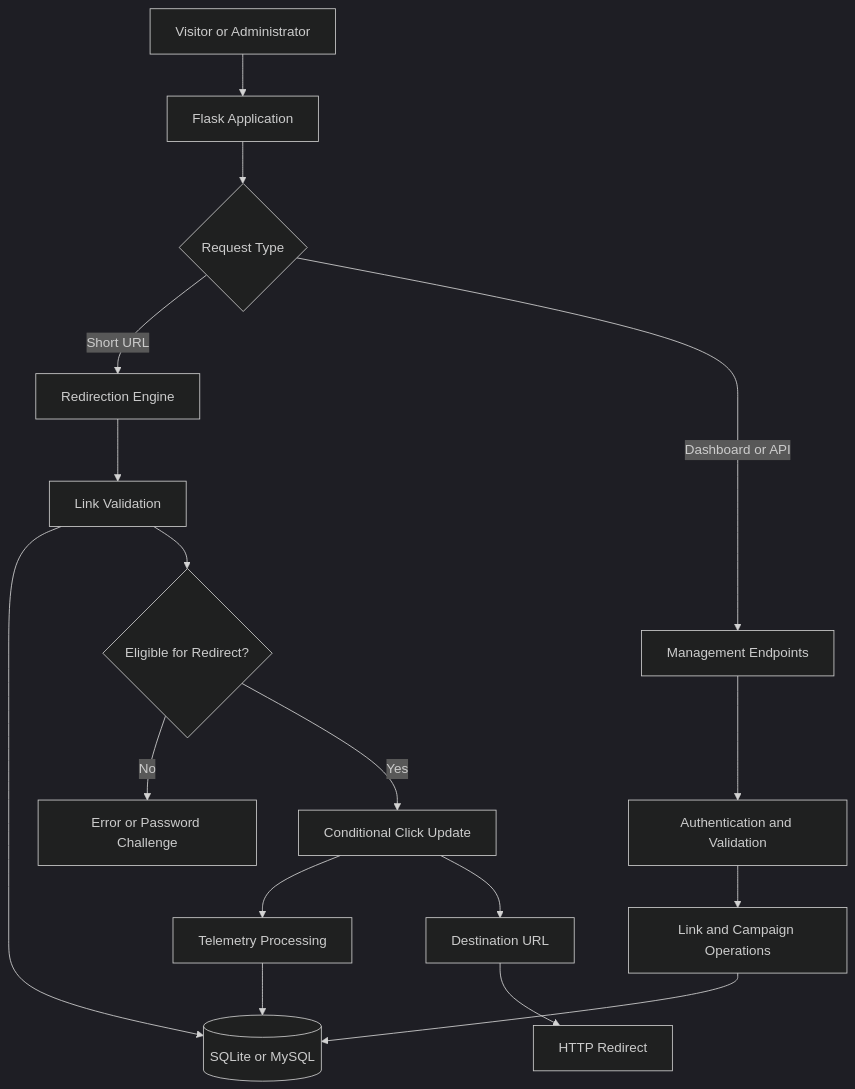
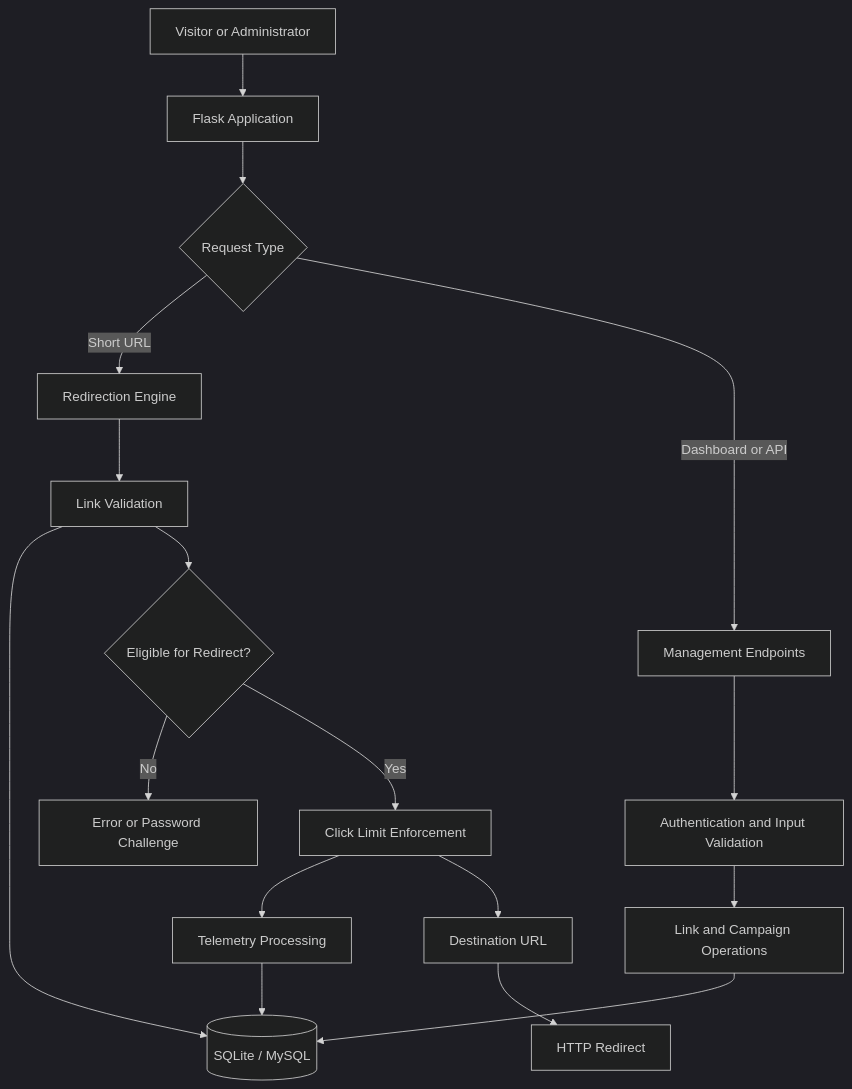
The diagram in README.md (teamcwc2305-netizen/LinkPulse-By-CWC), drawn with Mermaid (dark theme) before and after one commit. The commit also changed other lines of this file, not shown here.

````diff
--- a/README.md
+++ b/README.md
@@ -134,24 +138,24 @@
 ```mermaid
 flowchart TD
     A["Visitor or Administrator"] --> B["Flask Application"]
     B --> C{"Request Type"}
 
     C -->|Short URL| D["Redirection Engine"]
     C -->|Dashboard or API| E["Management Endpoints"]
 
     D --> F["Link Validation"]
-    F --> G[("SQLite or MySQL")]
+    F --> G[("SQLite / MySQL")]
     F --> H{"Eligible for Redirect?"}
 
     H -->|No| I["Error or Password Challenge"]
-    H -->|Yes| J["Conditional Click Update"]
+    H -->|Yes| J["Click Limit Enforcement"]
 
     J --> K["Telemetry Processing"]
     J --> L["Destination URL"]
     L --> M["HTTP Redirect"]
 
-    E --> N["Authentication and Validation"]
+    E --> N["Authentication and Input Validation"]
     N --> O["Link and Campaign Operations"]
     O --> G
     K --> G
 ```
````
